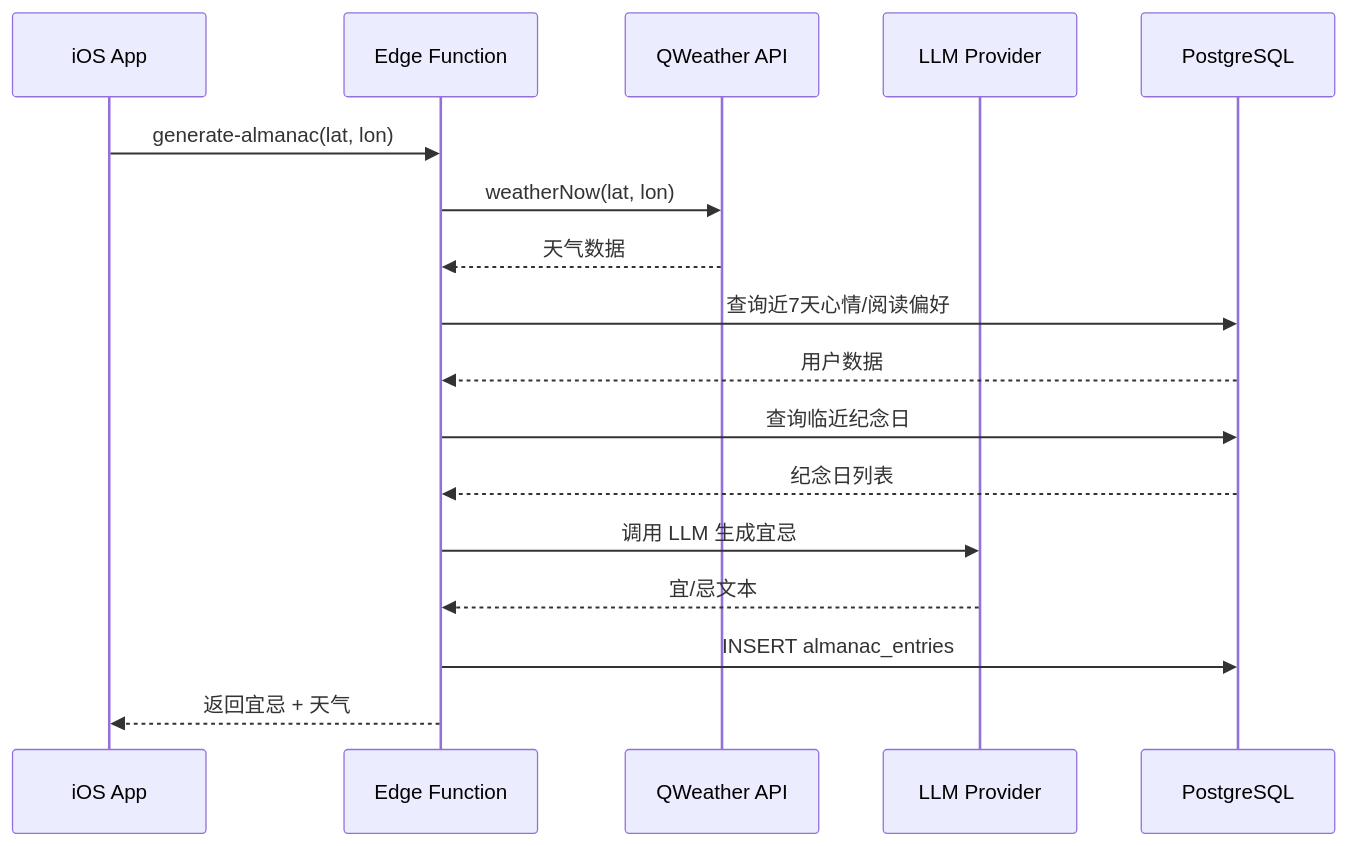
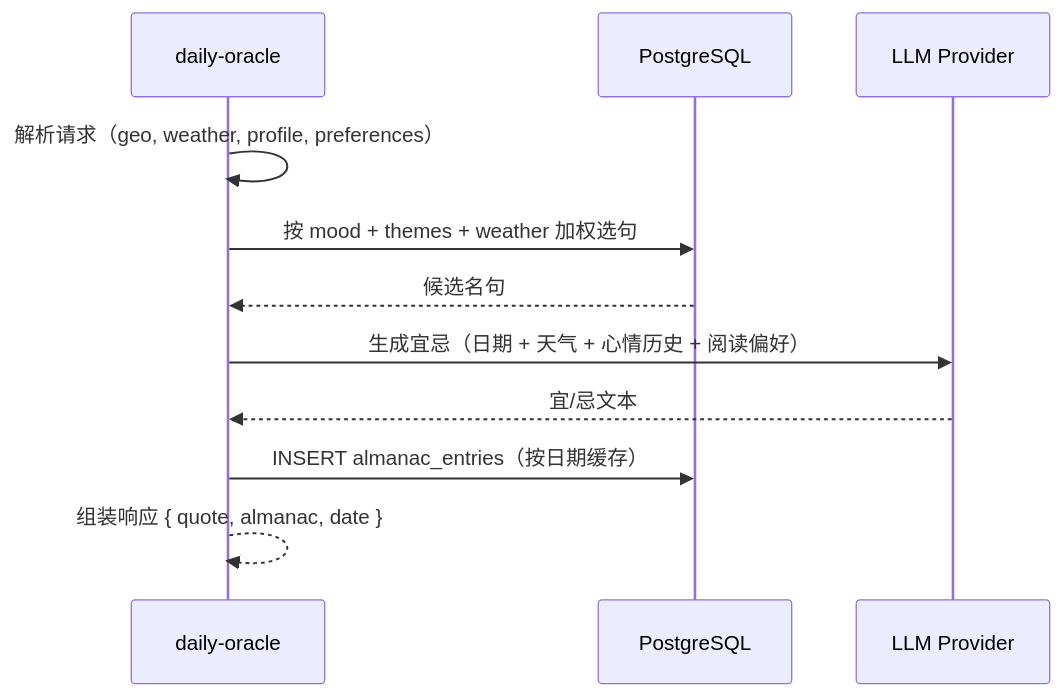
Before and after one commit to EvilIrving/daily-oracle: the third of 3 diagrams in docs/architecture.md, drawn with Mermaid. The commit also changed other lines of this file and 11 other files, not shown here.

Commit message:
refactor(server): 以 daily-oracle 统一日签 Edge Function 并更新架构文档

````diff
--- a/docs/architecture.md
+++ b/docs/architecture.md
@@ -554,20 +584,14 @@
 ```mermaid
 sequenceDiagram
-    participant App as iOS App
-    participant Edge as Edge Function
-    participant QW as QWeather API
+    participant Edge as daily-oracle
+    participant DB as PostgreSQL
     participant LLM as LLM Provider
-    participant DB as PostgreSQL
 
-    App->>Edge: generate-almanac(lat, lon)
-    Edge->>QW: weatherNow(lat, lon)
-    QW-->>Edge: 天气数据
-    Edge->>DB: 查询近7天心情/阅读偏好
-    DB-->>Edge: 用户数据
-    Edge->>DB: 查询临近纪念日
-    DB-->>Edge: 纪念日列表
-    Edge->>LLM: 调用 LLM 生成宜忌
+    Edge->>Edge: 解析请求（geo, weather, profile, preferences）
+    Edge->>DB: 按 mood + themes + weather 加权选句
+    DB-->>Edge: 候选名句
+    Edge->>LLM: 生成宜忌（日期 + 天气 + 心情历史 + 阅读偏好）
     LLM-->>Edge: 宜/忌文本
-    Edge->>DB: INSERT almanac_entries
-    Edge-->>App: 返回宜忌 + 天气
+    Edge->>DB: INSERT almanac_entries（按日期缓存）
+    Edge-->>Edge: 组装响应 { quote, almanac, date }
 ```
````
